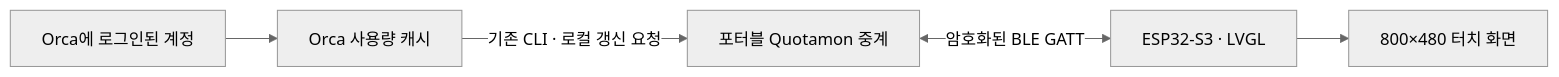
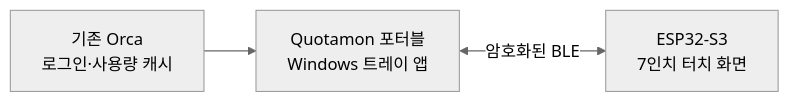
One commit to guyster323/ESP32_7inch_Quotamon changed the diagram in README.md. Above: the diagram before and after it, drawn with Mermaid (neutral theme). The commit also changed other lines of this file and 8 other files, not shown here.

````diff
--- a/README.md
+++ b/README.md
@@ -79,7 +69,5 @@
 ```mermaid
 flowchart LR
-    A[Orca에 로그인된 계정] --> B[Orca 사용량 캐시]
-    B -->|기존 CLI · 로컬 갱신 요청| C[포터블 Quotamon 중계]
-    C <-->|암호화된 BLE GATT| D[ESP32-S3 · LVGL]
-    D --> E[800×480 터치 화면]
+    A[기존 Orca<br/>로그인·사용량 캐시] --> B[Quotamon 포터블<br/>Windows 트레이 앱]
+    B <-->|암호화된 BLE| C[ESP32-S3<br/>7인치 터치 화면]
 ```
````
